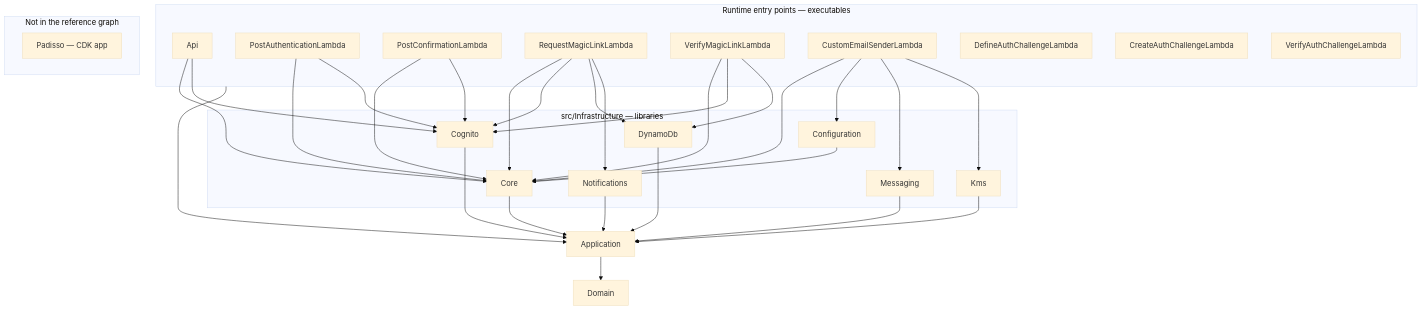
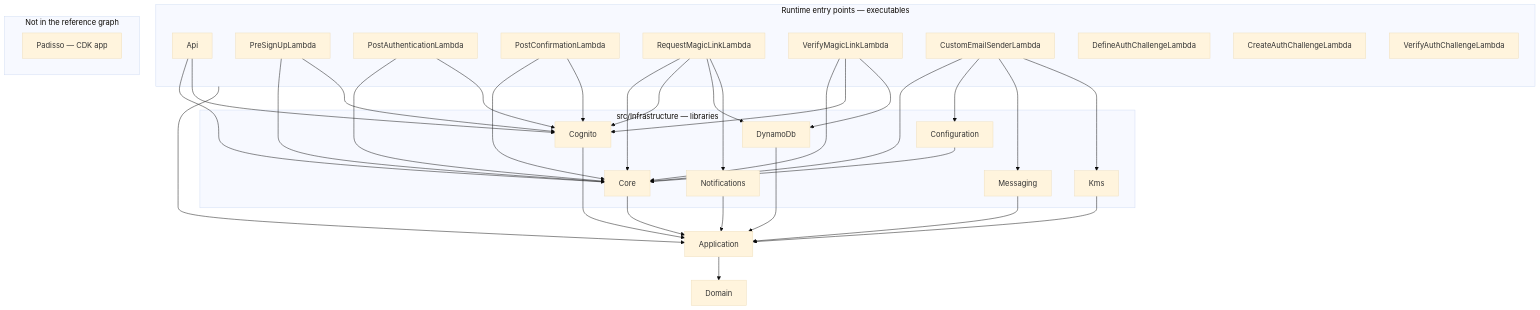
The sixth of 6 diagrams in PADISSOPOC/docs/architecture.md (minhthanhnguyen/PADISSOPOC), drawn with Mermaid (base theme) before and after one commit. The commit also changed other lines of this file and 41 other files, not shown here.

````diff
--- a/PADISSOPOC/docs/architecture.md
+++ b/PADISSOPOC/docs/architecture.md
@@ -344,62 +352,65 @@
 ```mermaid
 flowchart TD
     subgraph entry["Runtime entry points — executables"]
         API["Api"]
+        PSU["PreSignUpLambda"]
         PA["PostAuthenticationLambda"]
         PC["PostConfirmationLambda"]
         RML["RequestMagicLinkLambda"]
         VML["VerifyMagicLinkLambda"]
         CES["CustomEmailSenderLambda"]
         DAC["DefineAuthChallengeLambda"]
         CAC["CreateAuthChallengeLambda"]
         VAC["VerifyAuthChallengeLambda"]
     end
 
     subgraph infra["src/Infrastructure — libraries"]
         CORE["Core"]
         CFG["Configuration"]
         COG["Cognito"]
         DDB["DynamoDb"]
         KMS["Kms"]
         MSG["Messaging"]
         NOT["Notifications"]
     end
 
     APP["Application"]
     DOM["Domain"]
 
     subgraph island["Not in the reference graph"]
         CDK["Padisso — CDK app"]
     end
 
-    %% All nine entry points reference Application directly, drawn once from the subgraph.
+    %% All ten entry points reference Application directly, drawn once from the subgraph.
     entry --> APP
 
     API --> CORE
     API --> COG
+    PSU --> CORE
+    PSU --> COG
     PA --> CORE
     PA --> COG
     PC --> CORE
     PC --> COG
     RML --> CORE
     RML --> COG
     RML --> DDB
     RML --> NOT
     VML --> CORE
     VML --> COG
     VML --> DDB
     CES --> CORE
     CES --> CFG
     CES --> MSG
     CES --> KMS
 
     CFG --> CORE
     CORE --> APP
     COG --> APP
     DDB --> APP
     KMS --> APP
     MSG --> APP
     NOT --> APP
 
     APP --> DOM
 ```
````
